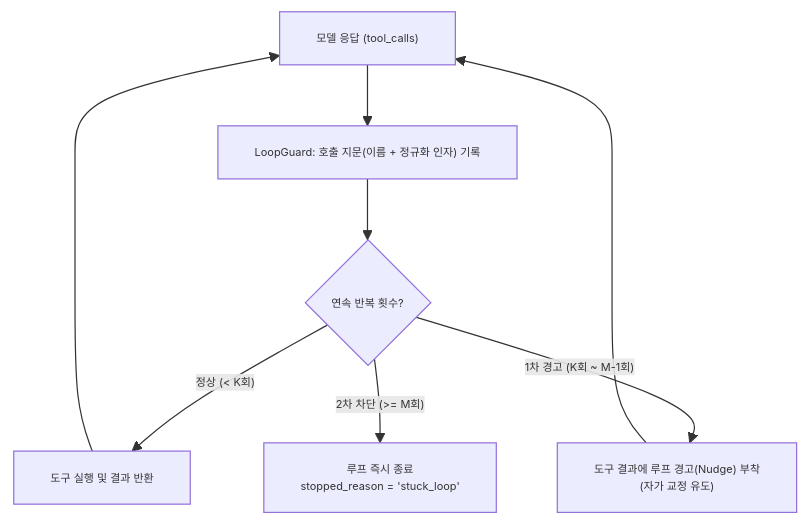
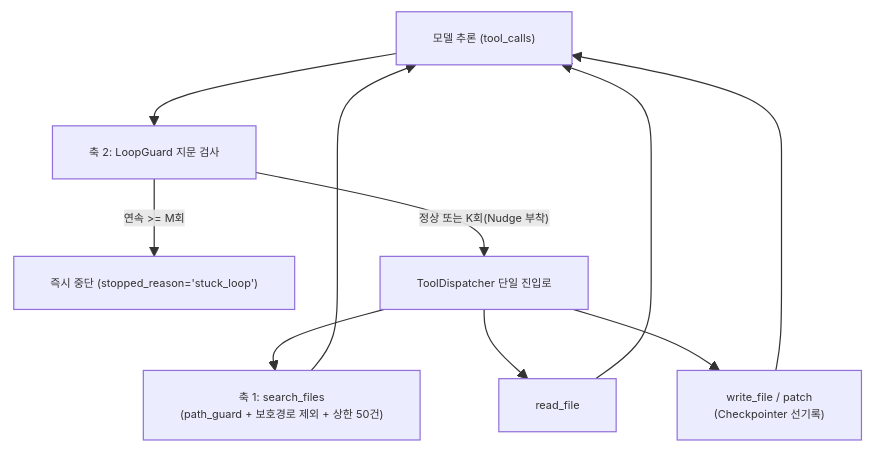
One commit to RadiantCitron/hermes-agent-study changed the diagram in docs/로드맵/15-루프-정체-감지-자가-교정-MVP/ROADMAP.md. Above: the diagram before and after it, drawn with Mermaid. The commit also changed other lines of this file and 2 other files, not shown here.

Commit message:
docs(roadmap): R15-PLAN - 로드맵 15 초안에 급선무 search_files와 LoopGuard 통합 반영

````diff
--- a/docs/로드맵/15-루프-정체-감지-자가-교정-MVP/ROADMAP.md
+++ b/docs/로드맵/15-루프-정체-감지-자가-교정-MVP/ROADMAP.md
@@ -10,11 +10,13 @@
 ```mermaid
 %%{init: {"themeVariables": {"fontSize": "9px"}}}%%
 flowchart TD
-  LLM["모델 응답 (tool_calls)"] --> FP["LoopGuard: 호출 지문(이름 + 정규화 인자) 기록"]
-  FP --> C{"연속 반복 횟수?"}
-  C -->|"정상 (< K회)"| EX["도구 실행 및 결과 반환"]
-  C -->|"1차 경고 (K회 ~ M-1회)"| NU["도구 결과에 루프 경고(Nudge) 부착<br/>(자가 교정 유도)"]
-  C -->|"2차 차단 (>= M회)"| CB["루프 즉시 종료<br/>stopped_reason = 'stuck_loop'"]
-  EX --> LLM
-  NU --> LLM
+  LLM["모델 추론 (tool_calls)"] --> FP["축 2: LoopGuard 지문 검사"]
+  FP -->|"연속 >= M회"| CB["즉시 중단 (stopped_reason='stuck_loop')"]
+  FP -->|"정상 또는 K회(Nudge 부착)"| DISP["ToolDispatcher 단일 진입로"]
+  DISP --> S["축 1: search_files<br/>(path_guard + 보호경로 제외 + 상한 50건)"]
+  DISP --> R["read_file"]
+  DISP --> E["write_file / patch<br/>(Checkpointer 선기록)"]
+  S --> LLM
+  R --> LLM
+  E --> LLM
 ```
````
